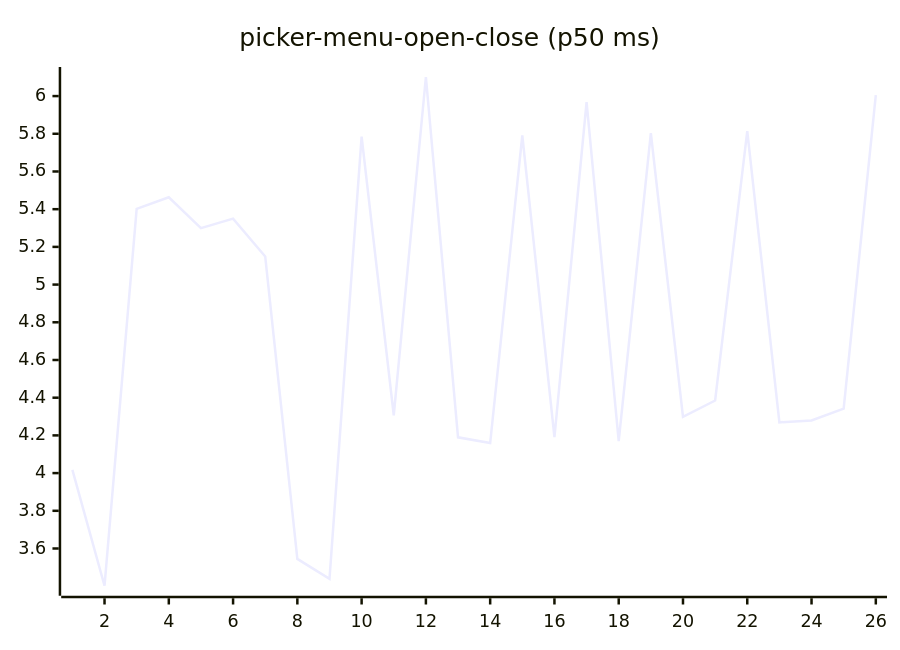
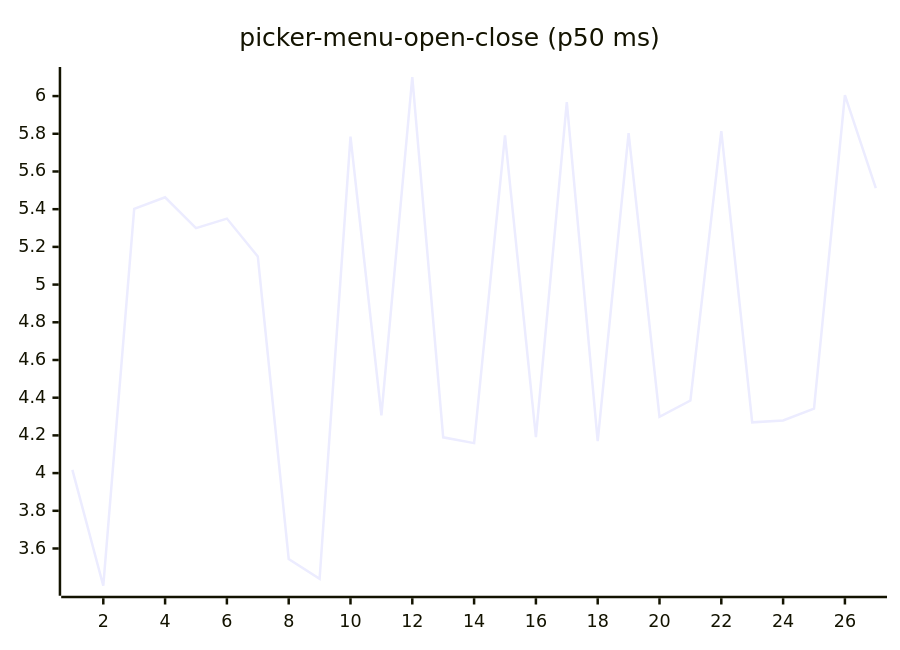
One commit to josha/Facet changed diagram 16 of 27 in README.md. Above: the diagram before and after it, drawn with Mermaid. The commit also changed other lines of this file and 2 other files, not shown here.

````diff
--- a/README.md
+++ b/README.md
@@ -168,6 +168,6 @@
 ```mermaid
 xychart-beta
     title "picker-menu-open-close (p50 ms)"
-    x-axis 1 --> 26
-    line [4.0174, 3.4024, 5.4017, 5.4631, 5.2994, 5.3502, 5.1493, 3.5447, 3.4388, 5.7846, 4.3066, 6.1012, 4.1897, 4.1591, 5.7919, 4.1912, 5.9674, 4.1698, 5.8037, 4.2981, 4.3851, 5.8139, 4.2694, 4.2792, 4.3416, 6.0052]
+    x-axis 1 --> 27
+    line [4.0174, 3.4024, 5.4017, 5.4631, 5.2994, 5.3502, 5.1493, 3.5447, 3.4388, 5.7846, 4.3066, 6.1012, 4.1897, 4.1591, 5.7919, 4.1912, 5.9674, 4.1698, 5.8037, 4.2981, 4.3851, 5.8139, 4.2694, 4.2792, 4.3416, 6.0052, 5.5122]
 ```
````
